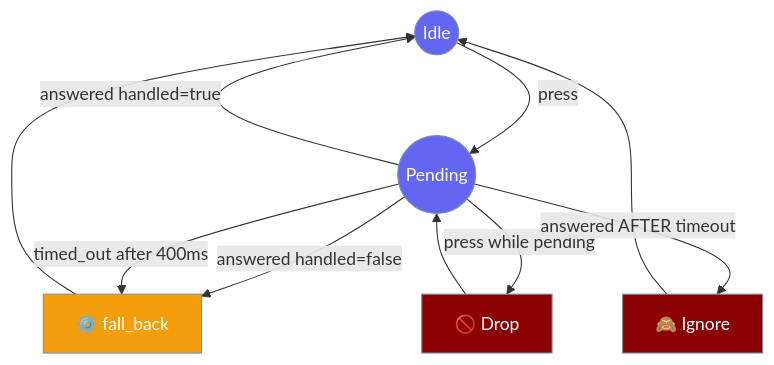
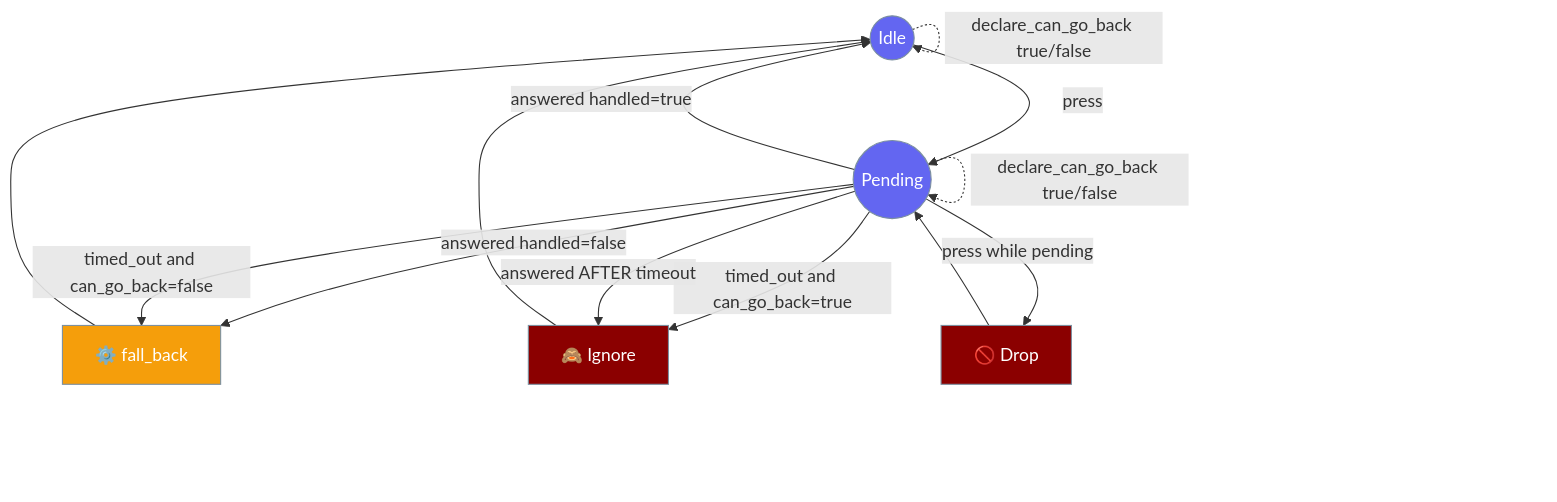
One commit to MervinPraison/PraisonAIDocs changed the fourth of 5 diagrams in docs/features/mobile/native-shell.mdx. Above: the diagram before and after it, drawn with Mermaid. The commit also changed other lines of this file and 3 other files, not shown here.

First line of the commit message:
docs(mobile): document setCanGoBack declaration + moveTaskToBack root back behavior (fixes #3867)

````diff
--- a/docs/features/mobile/native-shell.mdx
+++ b/docs/features/mobile/native-shell.mdx
@@ -371,20 +389,23 @@
 ```mermaid
 graph TB
     Idle((Idle)) -->|press| Pending((Pending))
+    Idle -.declare_can_go_back true/false.-> Idle
+    Pending -.declare_can_go_back true/false.-> Pending
     Pending -->|answered handled=true| Idle
     Pending -->|answered handled=false| FallBack[⚙️ fall_back]
     FallBack --> Idle
-    Pending -->|timed_out after 400ms| FallBack
+    Pending -->|timed_out and can_go_back=false| FallBack
+    Pending -->|timed_out and can_go_back=true| Ignore[🙈 Ignore]
     Pending -->|press while pending| Drop[🚫 Drop]
     Drop --> Pending
-    Pending -->|answered AFTER timeout| Ignore[🙈 Ignore]
+    Pending -->|answered AFTER timeout| Ignore
     Ignore --> Idle
 
     classDef state fill:#6366F1,stroke:#7C90A0,color:#fff
     classDef action fill:#F59E0B,stroke:#7C90A0,color:#fff
     classDef ignore fill:#8B0000,stroke:#7C90A0,color:#fff
 
     class Idle,Pending state
     class FallBack action
     class Drop,Ignore ignore
 ```
````
